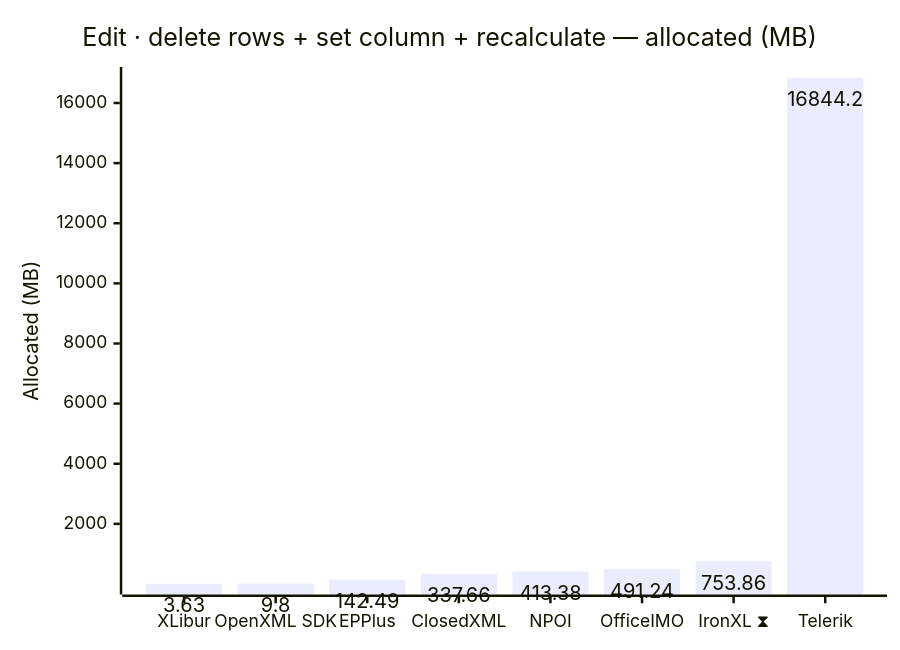
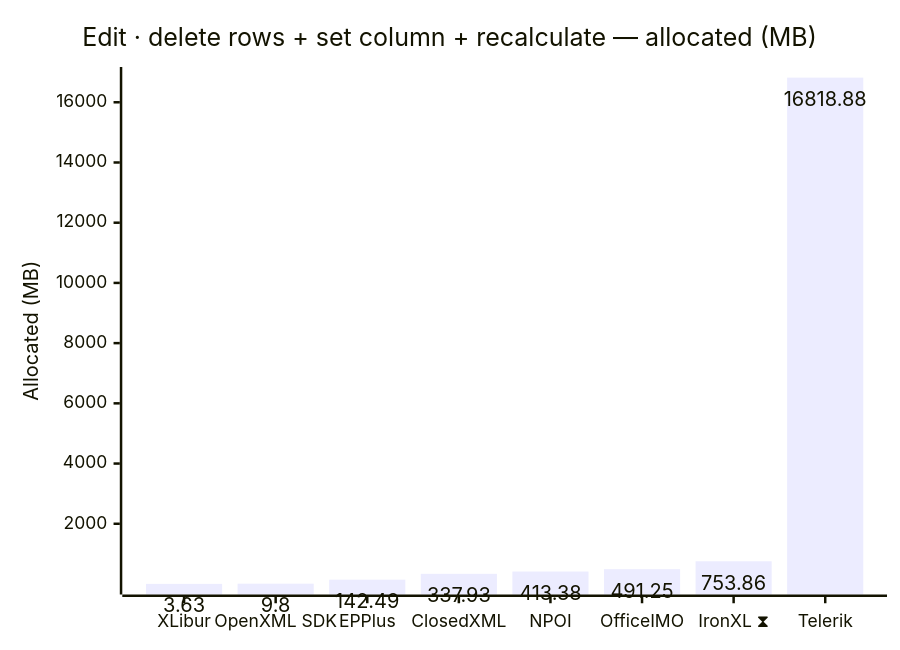
One commit to jafin/XLBench changed the tenth of 12 diagrams in docs/results.md. Above: the diagram before and after it, drawn with Mermaid. The commit also changed other lines of this file and 5 other files, not shown here.

````diff
--- a/docs/results.md
+++ b/docs/results.md
@@ -159,12 +159,12 @@
 ```mermaid
 ---
 config:
   xyChart:
     showDataLabel: true
 ---
 xychart-beta
     title "Edit · delete rows + set column + recalculate — allocated (MB)"
     x-axis ["XLibur", "OpenXML SDK", "EPPlus", "ClosedXML", "NPOI", "OfficeIMO", "IronXL ⧗", "Telerik"]
     y-axis "Allocated (MB)"
-    bar [3.63, 9.8, 142.49, 337.66, 413.38, 491.24, 753.86, 16844.2]
+    bar [3.63, 9.8, 142.49, 337.93, 413.38, 491.25, 753.86, 16818.88]
 ```
````
